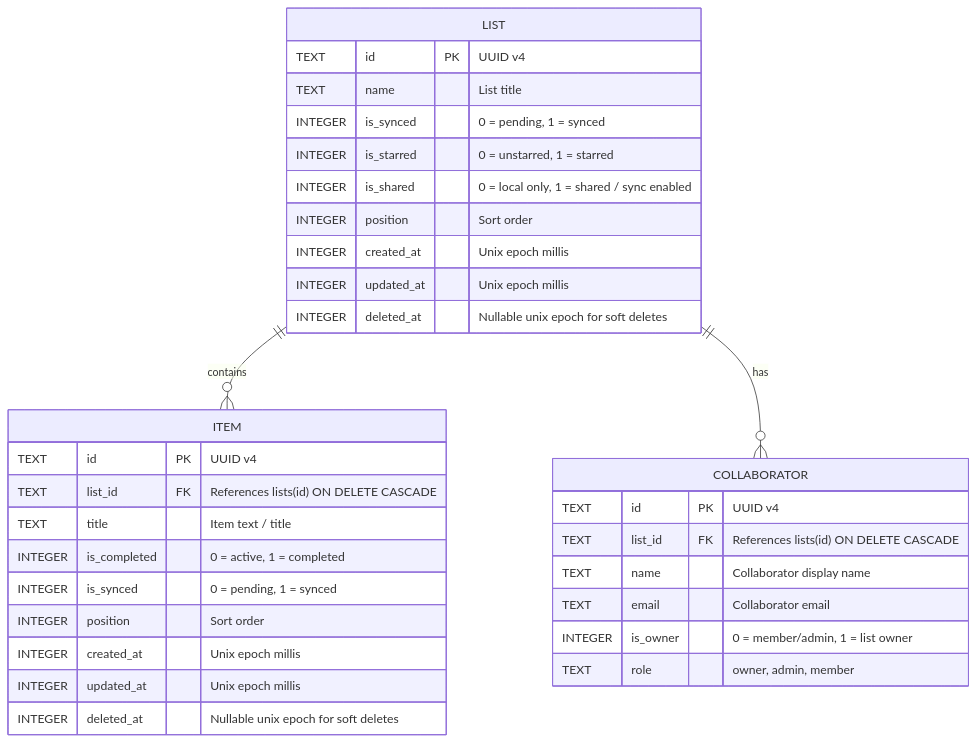
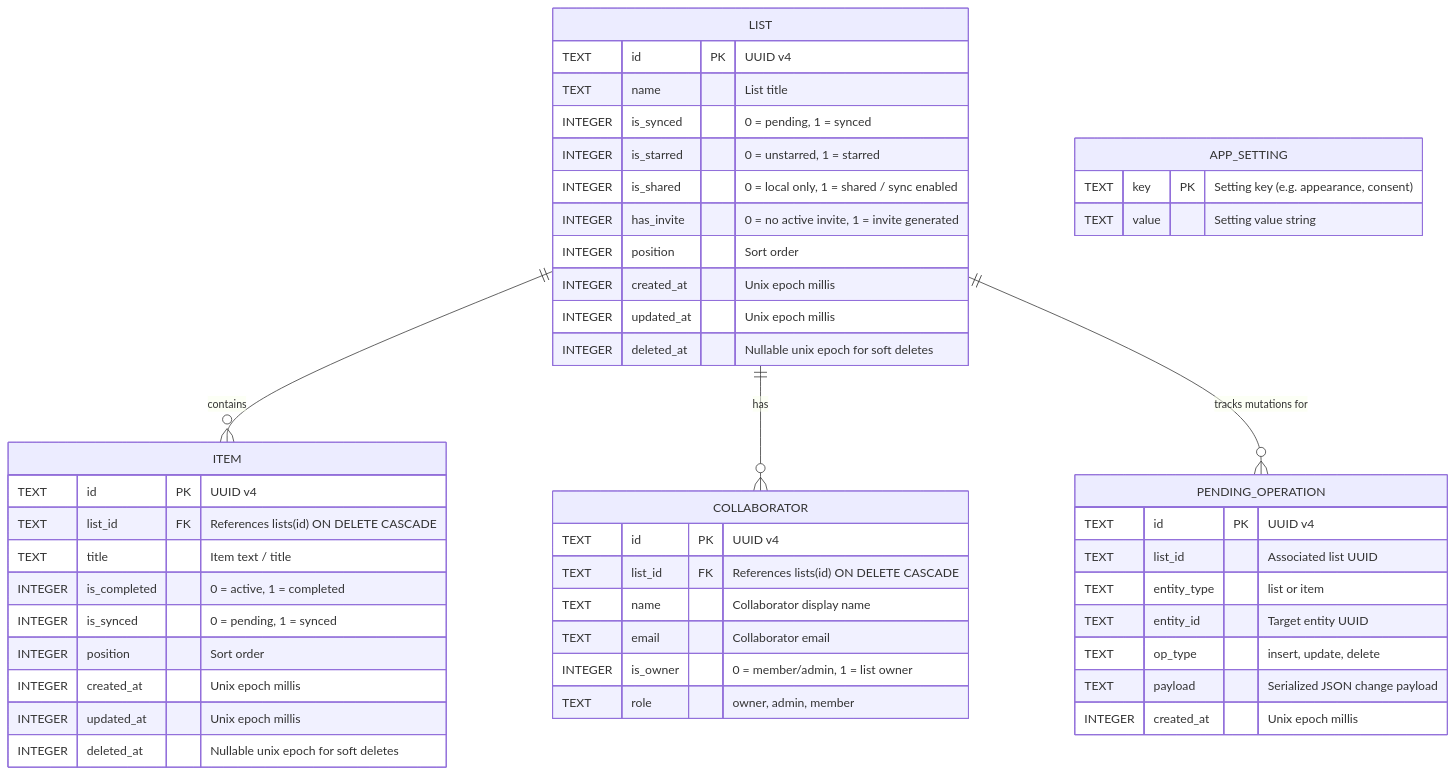
One commit to listix-app/listix-mobile-app changed the diagram in docs/database.md. Above: the diagram before and after it, drawn with Mermaid. The commit also changed other lines of this file and 5 other files, not shown here.

````diff
--- a/docs/database.md
+++ b/docs/database.md
@@ -18,38 +18,55 @@
 ```mermaid
 erDiagram
     LIST ||--o{ ITEM : "contains"
     LIST ||--o{ COLLABORATOR : "has"
+    LIST ||--o{ PENDING_OPERATION : "tracks mutations for"
 
     LIST {
         TEXT id PK "UUID v4"
         TEXT name "List title"
         INTEGER is_synced "0 = pending, 1 = synced"
         INTEGER is_starred "0 = unstarred, 1 = starred"
         INTEGER is_shared "0 = local only, 1 = shared / sync enabled"
+        INTEGER has_invite "0 = no active invite, 1 = invite generated"
         INTEGER position "Sort order"
         INTEGER created_at "Unix epoch millis"
         INTEGER updated_at "Unix epoch millis"
         INTEGER deleted_at "Nullable unix epoch for soft deletes"
     }
 
     ITEM {
         TEXT id PK "UUID v4"
         TEXT list_id FK "References lists(id) ON DELETE CASCADE"
         TEXT title "Item text / title"
         INTEGER is_completed "0 = active, 1 = completed"
         INTEGER is_synced "0 = pending, 1 = synced"
         INTEGER position "Sort order"
         INTEGER created_at "Unix epoch millis"
         INTEGER updated_at "Unix epoch millis"
         INTEGER deleted_at "Nullable unix epoch for soft deletes"
     }
 
     COLLABORATOR {
         TEXT id PK "UUID v4"
         TEXT list_id FK "References lists(id) ON DELETE CASCADE"
         TEXT name "Collaborator display name"
         TEXT email "Collaborator email"
         INTEGER is_owner "0 = member/admin, 1 = list owner"
         TEXT role "owner, admin, member"
     }
+
+    PENDING_OPERATION {
+        TEXT id PK "UUID v4"
+        TEXT list_id "Associated list UUID"
+        TEXT entity_type "list or item"
+        TEXT entity_id "Target entity UUID"
+        TEXT op_type "insert, update, delete"
+        TEXT payload "Serialized JSON change payload"
+        INTEGER created_at "Unix epoch millis"
+    }
+
+    APP_SETTING {
+        TEXT key PK "Setting key (e.g. appearance, consent)"
+        TEXT value "Setting value string"
+    }
 ```
````
